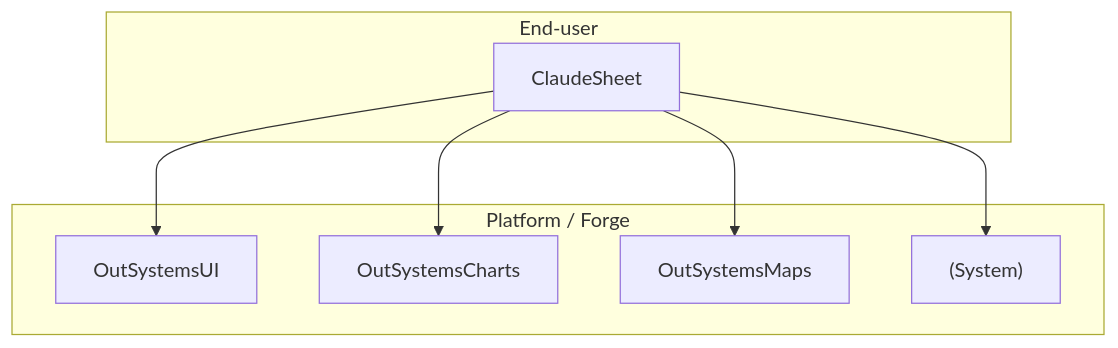
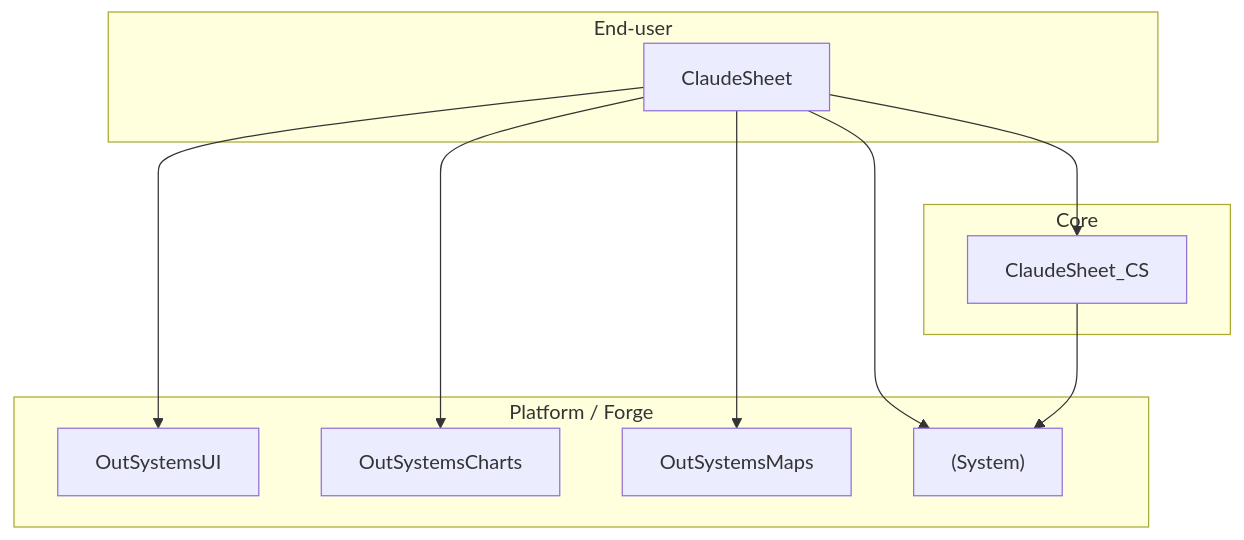
Before and after one commit to Goncalo-Correia/claude-sheet: the diagram in docs/architecture.md, drawn with Mermaid. The commit also changed other lines of this file and 4 other files, not shown here.

First line of the commit message:
Architecture: split into ClaudeSheet (End-user) and ClaudeSheet_CS (Core)

````diff
--- a/docs/architecture.md
+++ b/docs/architecture.md
@@ -21,16 +43,21 @@
 ```mermaid
 flowchart TD
   subgraph EndUser[End-user]
     EU[ClaudeSheet]
+  end
+  subgraph Core
+    CS[ClaudeSheet_CS]
   end
   subgraph Platform[Platform / Forge]
     UI[OutSystemsUI]
     CH[OutSystemsCharts]
     MP[OutSystemsMaps]
     SYS["(System)"]
   end
+  EU --> CS
   EU --> UI
   EU --> CH
   EU --> MP
   EU --> SYS
+  CS --> SYS
 ```
````
